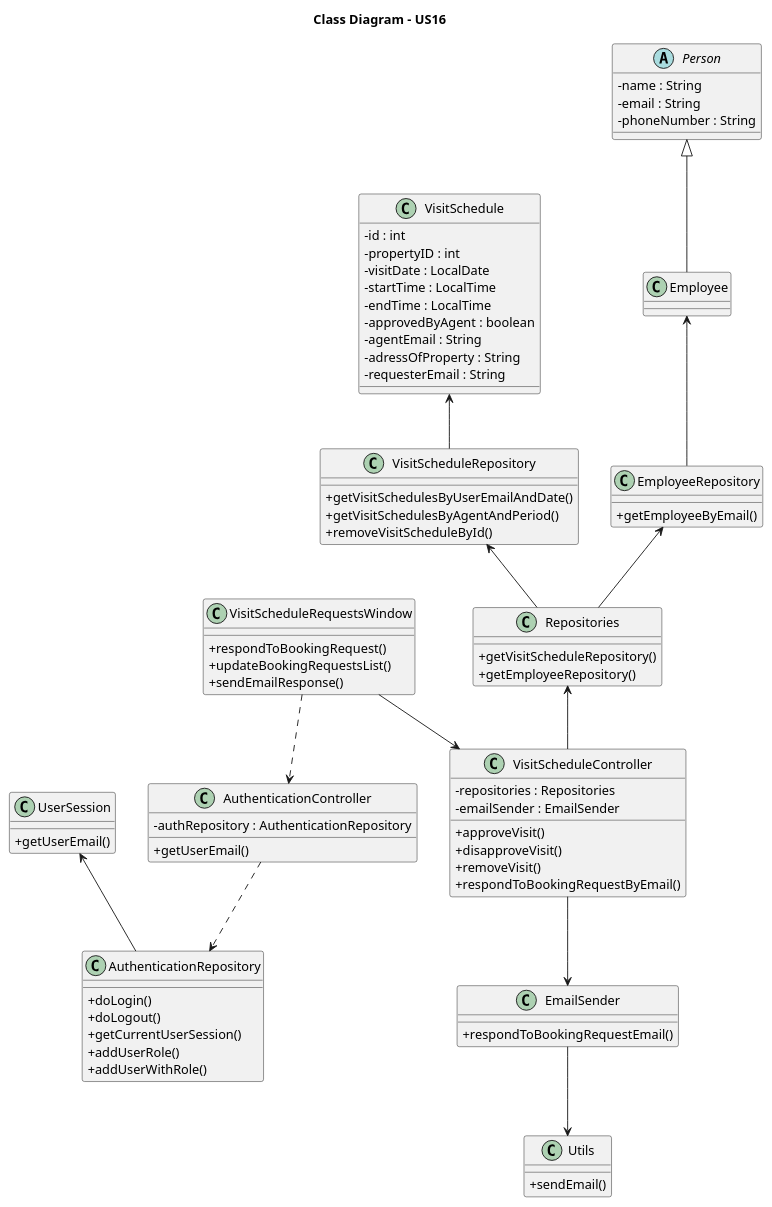
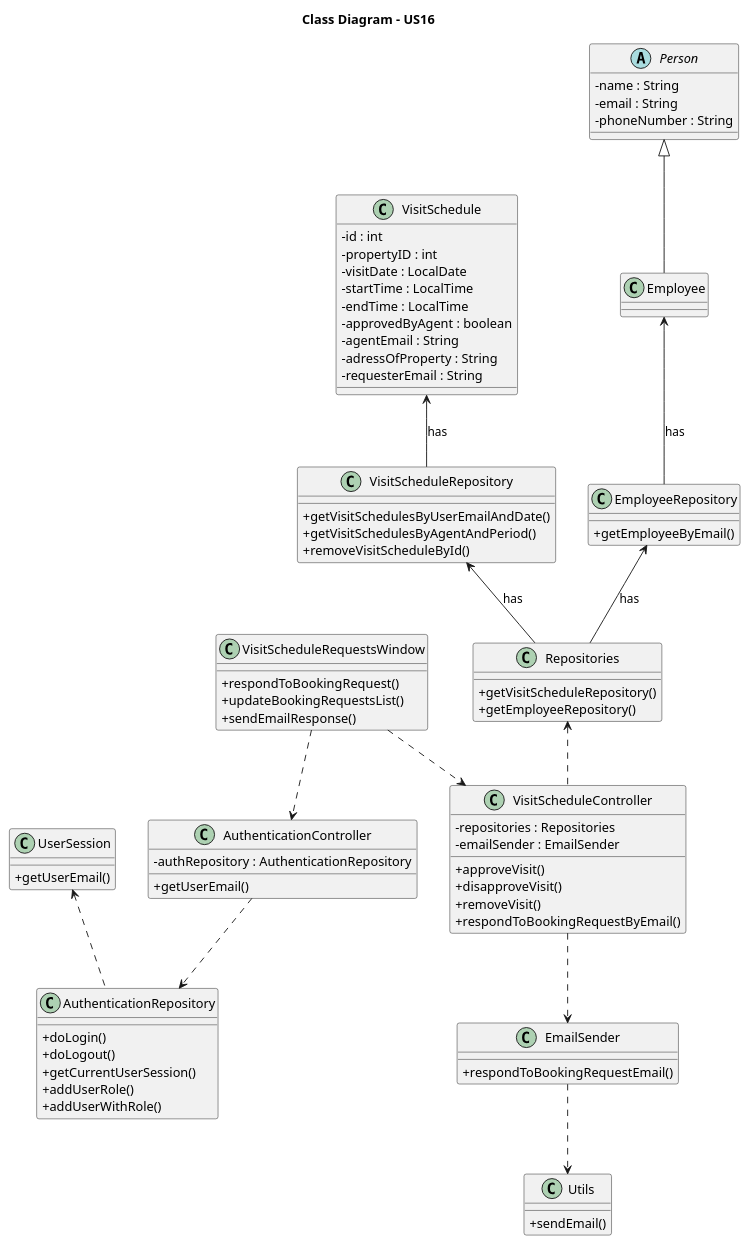
The diagram in docs/sprintD/us016/03.design/puml/us016-class-diagram.puml (Goncalves2525/real-estate-management-system), drawn with PlantUML before and after one commit. The commit also changed 31 other files, not shown here.

```diff
--- a/docs/sprintD/us016/03.design/puml/us016-class-diagram.puml
+++ b/docs/sprintD/us016/03.design/puml/us016-class-diagram.puml
@@ -1,102 +1,102 @@
 @startuml
 skinparam packageStyle rectangle
 skinparam shadowing false
 skinparam linetype polyline
 
 skinparam classAttributeIconSize 0
 
 title Class Diagram - US16
 
 class UserSession {
     +getUserEmail()
 }
 
 abstract class Person {
     - name : String
     - email : String
     - phoneNumber : String
 }
 
 class Employee extends Person {
 }
 
 
 class VisitSchedule {
     - id : int
     - propertyID : int
     - visitDate : LocalDate
     - startTime : LocalTime
     - endTime : LocalTime
     - approvedByAgent : boolean
     - agentEmail : String
     - adressOfProperty : String
     - requesterEmail : String
 }
 
 class AuthenticationRepository {
     +doLogin()
     +doLogout()
     +getCurrentUserSession()
     +addUserRole()
     +addUserWithRole()
 }
 
 class AuthenticationController {
     - authRepository : AuthenticationRepository
     +getUserEmail()
 }
 
 class VisitScheduleRequestsWindow {
     +respondToBookingRequest()
     +updateBookingRequestsList()
     +sendEmailResponse()
 }
 
 class VisitScheduleController {
     - repositories : Repositories
     - emailSender : EmailSender
     +approveVisit()
     +disapproveVisit()
     +removeVisit()
     +respondToBookingRequestByEmail()
 }
 
 
 class Repositories {
     +getVisitScheduleRepository()
     +getEmployeeRepository()
 }
 
 
 
 class VisitScheduleRepository {
     +getVisitSchedulesByUserEmailAndDate()
     +getVisitSchedulesByAgentAndPeriod()
     +removeVisitScheduleById()
 }
 
 class Utils {
     +sendEmail()
 }
 
 class EmployeeRepository {
     +getEmployeeByEmail()
 }
 
 class EmailSender {
     +respondToBookingRequestEmail()
 }
 
-UserSession <-- AuthenticationRepository
+UserSession <.. AuthenticationRepository
 AuthenticationController ..> AuthenticationRepository
 VisitScheduleRequestsWindow ..> AuthenticationController
-VisitScheduleRequestsWindow --> VisitScheduleController
-Repositories <-- VisitScheduleController
-VisitScheduleRepository <-- Repositories
-EmployeeRepository <-- Repositories
-VisitSchedule <-- VisitScheduleRepository
-Employee <-- EmployeeRepository
-VisitScheduleController --> EmailSender
-EmailSender --> Utils
+VisitScheduleRequestsWindow ..> VisitScheduleController
+Repositories <.. VisitScheduleController
+VisitScheduleRepository <-- Repositories : has
+EmployeeRepository <-- Repositories : has
+VisitSchedule <-- VisitScheduleRepository : has
+Employee <-- EmployeeRepository : has
+VisitScheduleController ..> EmailSender
+EmailSender ..> Utils
 
 @enduml
```
